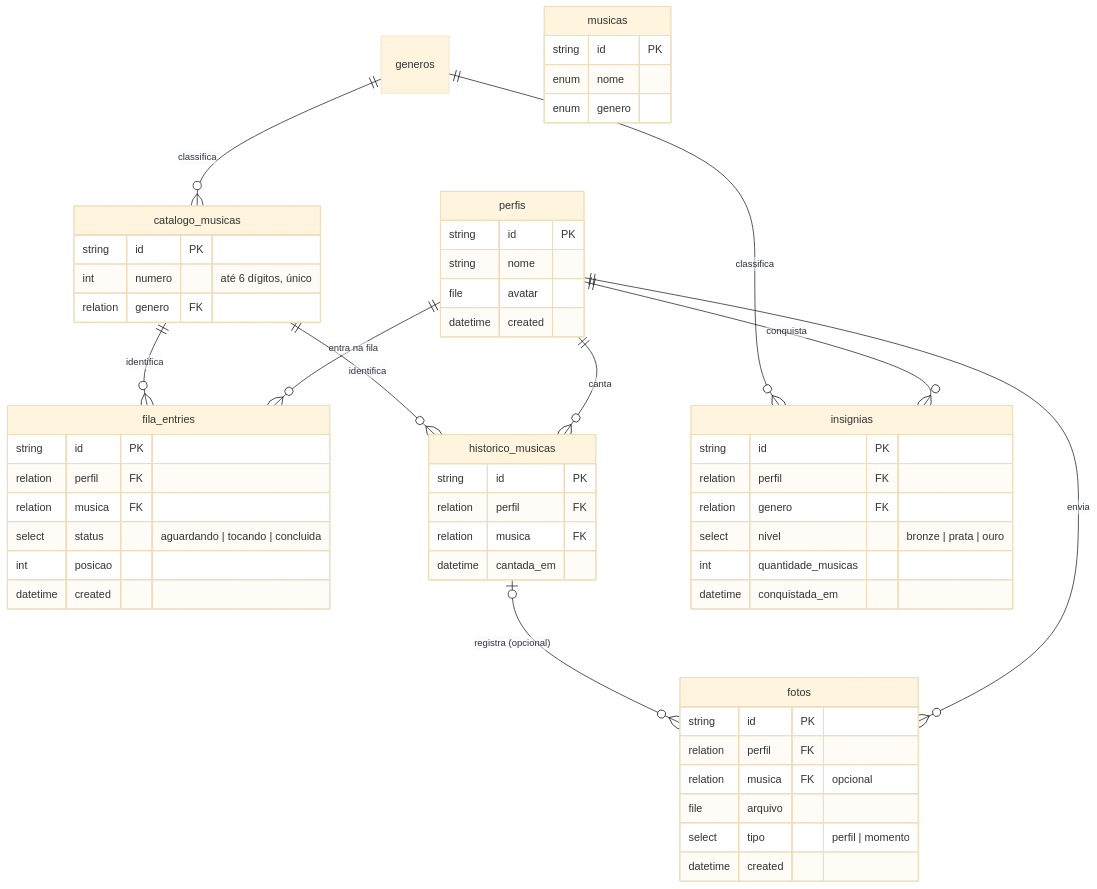
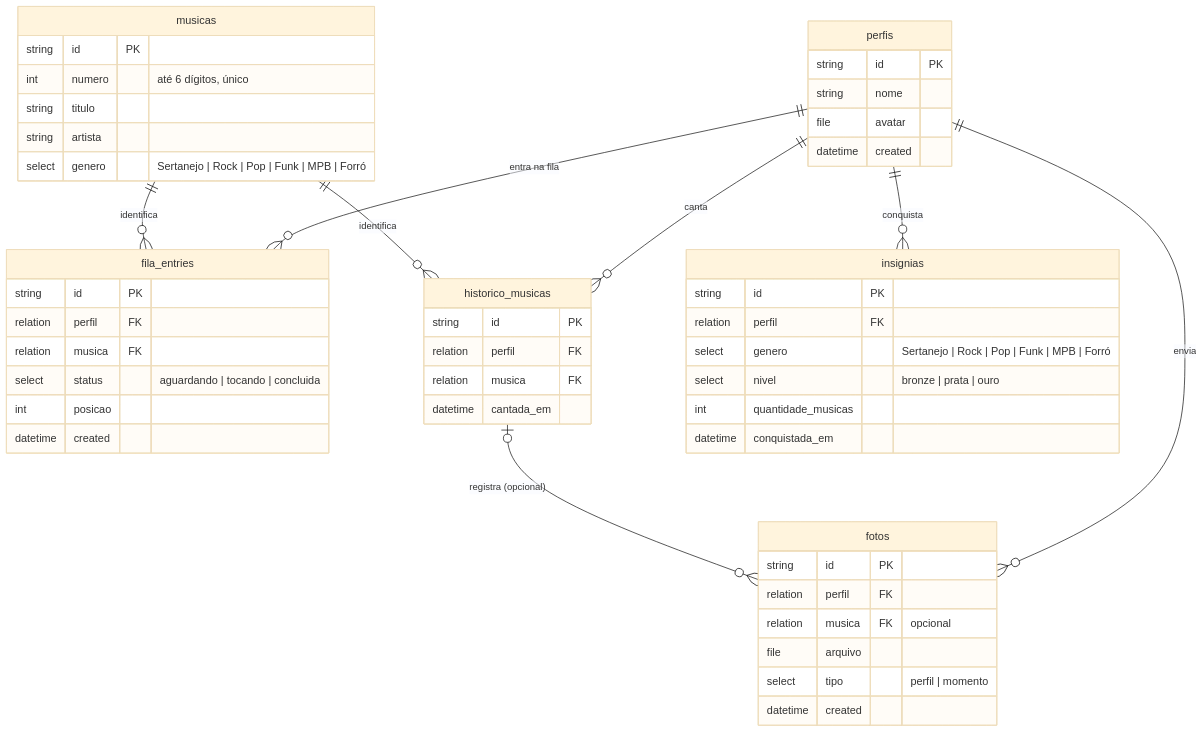
Before and after one commit to william-wv/app-julius: the diagram in README.md, drawn with Mermaid (base theme). The commit also changed other lines of this file, not shown here.

````diff
--- a/README.md
+++ b/README.md
@@ -50,59 +57,54 @@
 ```mermaid
 erDiagram
     perfis ||--o{ fila_entries : "entra na fila"
     perfis ||--o{ historico_musicas : "canta"
     perfis ||--o{ insignias : "conquista"
     perfis ||--o{ fotos : "envia"
-    catalogo_musicas ||--o{ fila_entries : "identifica"
-    catalogo_musicas ||--o{ historico_musicas : "identifica"
+    musicas ||--o{ fila_entries : "identifica"
+    musicas ||--o{ historico_musicas : "identifica"
     historico_musicas |o--o{ fotos : "registra (opcional)"
-    generos ||--o{ catalogo_musicas : "classifica"
-    generos ||--o{ insignias : "classifica"
 
     perfis {
         string id PK
         string nome
         file avatar
         datetime created
     }
-    musicas{
-        string id PK
-        enum nome
-        enum genero
-    }
-    catalogo_musicas {
+    musicas {
         string id PK
         int numero "até 6 dígitos, único"
-        relation genero FK
+        string titulo
+        string artista
+        select genero "Sertanejo | Rock | Pop | Funk | MPB | Forró"
     }
     fila_entries {
         string id PK
         relation perfil FK
         relation musica FK
         select status "aguardando | tocando | concluida"
         int posicao
         datetime created
     }
     historico_musicas {
         string id PK
         relation perfil FK
         relation musica FK
         datetime cantada_em
     }
     insignias {
         string id PK
         relation perfil FK
-        relation genero FK
+        select genero "Sertanejo | Rock | Pop | Funk | MPB | Forró"
         select nivel "bronze | prata | ouro"
         int quantidade_musicas
         datetime conquistada_em
     }
     fotos {
         string id PK
         relation perfil FK
         relation musica FK "opcional"
         file arquivo
         select tipo "perfil | momento"
         datetime created
     }
 ```
````
